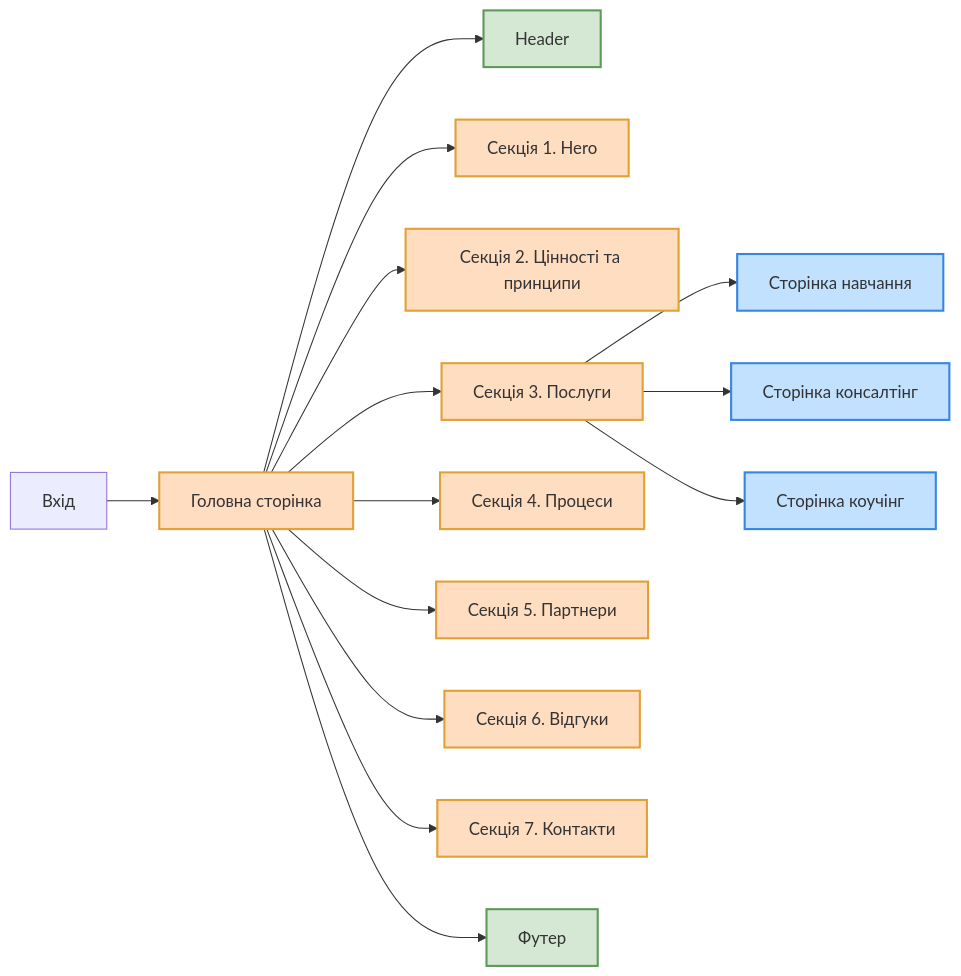
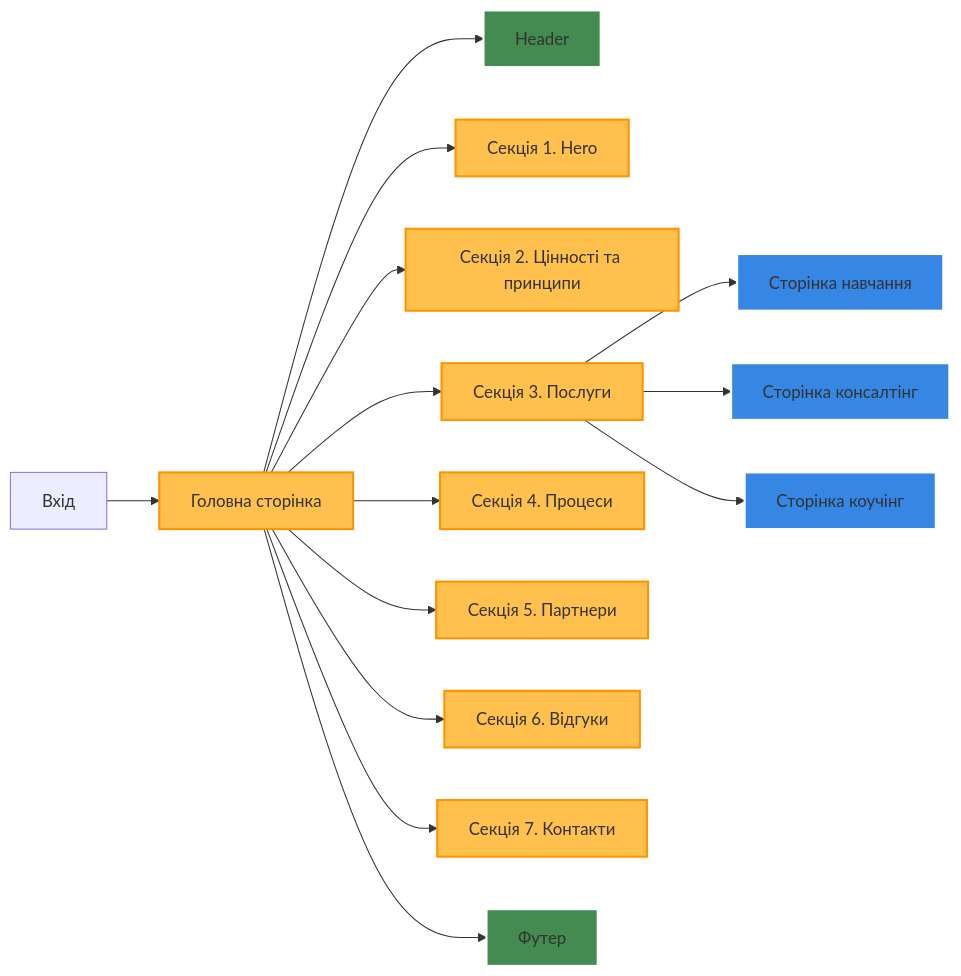
The diagram in README.md (sergio-nezhigay/carptravel), drawn with Mermaid before and after one commit. The commit also changed other lines of this file, not shown here.

````diff
--- a/README.md
+++ b/README.md
@@ -47,39 +51,38 @@
 ```mermaid
 graph LR
 
   %% Хедер
-  style B fill:#D5E8D4, stroke:#5E9959, stroke-width:2px;
+  style B fill:#438b4e, stroke:#ffffff, stroke-width:2px;
 
   %% Секції
-  style A fill:#FFDDC1, stroke:#E3A036, stroke-width:2px;
-  style C fill:#FFDDC1, stroke:#E3A036, stroke-width:2px;
-  style D fill:#FFDDC1, stroke:#E3A036, stroke-width:2px;
-  style E fill:#FFDDC1, stroke:#E3A036, stroke-width:2px;
-  style F fill:#FFDDC1, stroke:#E3A036, stroke-width:2px;
-  style G fill:#FFDDC1, stroke:#E3A036, stroke-width:2px;
-  style H fill:#FFDDC1, stroke:#E3A036, stroke-width:2px;
-  style I fill:#FFDDC1, stroke:#E3A036, stroke-width:2px;
+  style A fill:#ffc04d, stroke:#ff9300, stroke-width:2px;
+  style C fill:#ffc04d, stroke:#ff9300, stroke-width:2px;
+  style D fill:#ffc04d, stroke:#ff9300, stroke-width:2px;
+  style E fill:#ffc04d, stroke:#ff9300, stroke-width:2px;
+  style F fill:#ffc04d, stroke:#ff9300, stroke-width:2px;
+  style G fill:#ffc04d, stroke:#ff9300, stroke-width:2px;
+  style H fill:#ffc04d, stroke:#ff9300, stroke-width:2px;
+  style I fill:#ffc04d, stroke:#ff9300, stroke-width:2px;
 
   %% Сторінки
-  style N fill:#C1E1FF, stroke:#3686E3, stroke-width:2px;
-  style O fill:#C1E1FF, stroke:#3686E3, stroke-width:2px;
-  style P fill:#C1E1FF, stroke:#3686E3, stroke-width:2px;
-
+  style N fill:#3686e3, stroke:#ffffff, stroke-width:2px;
+  style O fill:#3686e3, stroke:#ffffff, stroke-width:2px;
+  style P fill:#3686e3, stroke:#ffffff, stroke-width:2px;
 
   %% Футер
-  style J fill:#D5E8D4, stroke:#5E9959, stroke-width:2px;
+  style J fill:#438b4e, stroke:#ffffff, stroke-width:2px;
 
   Z[Вхід] --> A[Головна сторінка]
   A --> B[Header]
   A --> C[Секція 1. Hero]
   A --> D[Секція 2. Цінності та принципи]
   A --> E[Секція 3. Послуги]
   A --> F[Секція 4. Процеси]
   A --> G[Секція 5. Партнери]
   A --> H[Секція 6. Відгуки]
   A --> I[Секція 7. Контакти]
   A --> J[Футер]
   E --> N[Сторінка навчання]
   E --> O[Сторінка консалтінг]
   E --> P[Сторінка коучінг]
 ```
````
